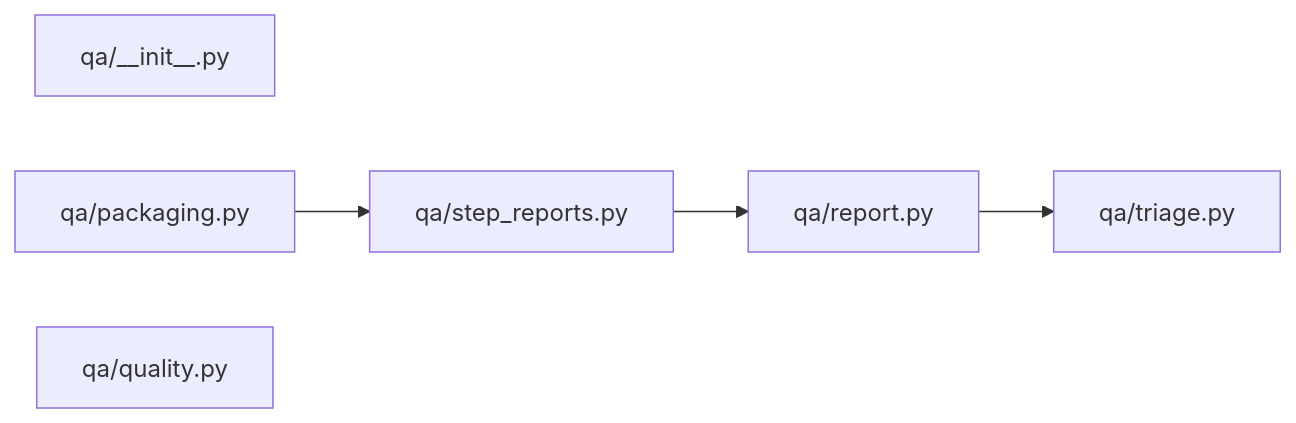
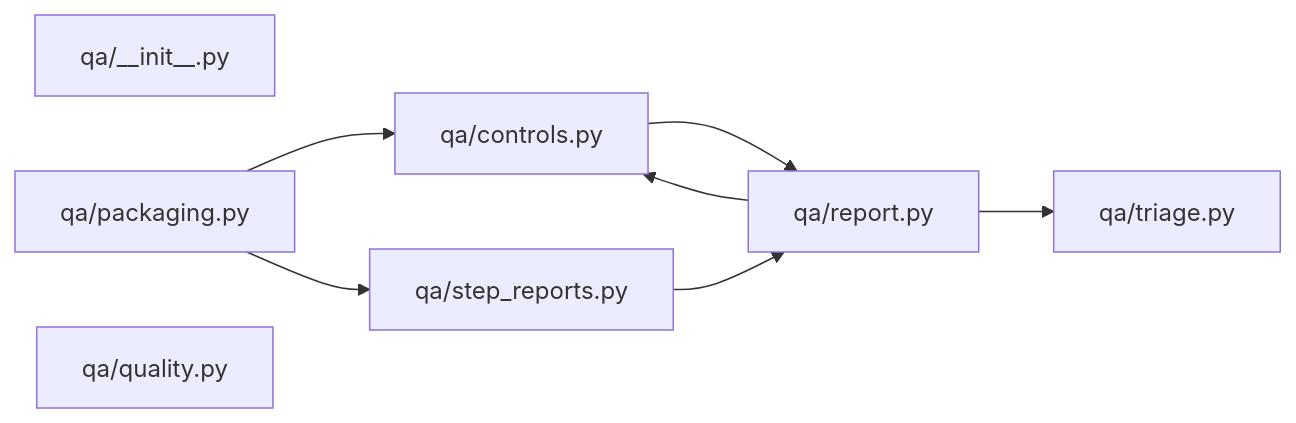
Before and after one commit to sarveshtalele/maf-harness-testing: diagram 14 of 21 in docs/ARCHITECTURE_MAP.md, drawn with Mermaid. The commit also changed other lines of this file and 3 other files, not shown here.

````diff
--- a/docs/ARCHITECTURE_MAP.md
+++ b/docs/ARCHITECTURE_MAP.md
@@ -389,12 +389,16 @@
 ```mermaid
 flowchart LR
   f0["qa/__init__.py"]
-  f1["qa/packaging.py"]
-  f2["qa/quality.py"]
-  f3["qa/report.py"]
-  f4["qa/step_reports.py"]
-  f5["qa/triage.py"]
+  f1["qa/controls.py"]
+  f2["qa/packaging.py"]
+  f3["qa/quality.py"]
+  f4["qa/report.py"]
+  f5["qa/step_reports.py"]
+  f6["qa/triage.py"]
   f1 --> f4
-  f3 --> f5
-  f4 --> f3
+  f2 --> f1
+  f2 --> f5
+  f4 --> f1
+  f4 --> f6
+  f5 --> f4
 ```
````
